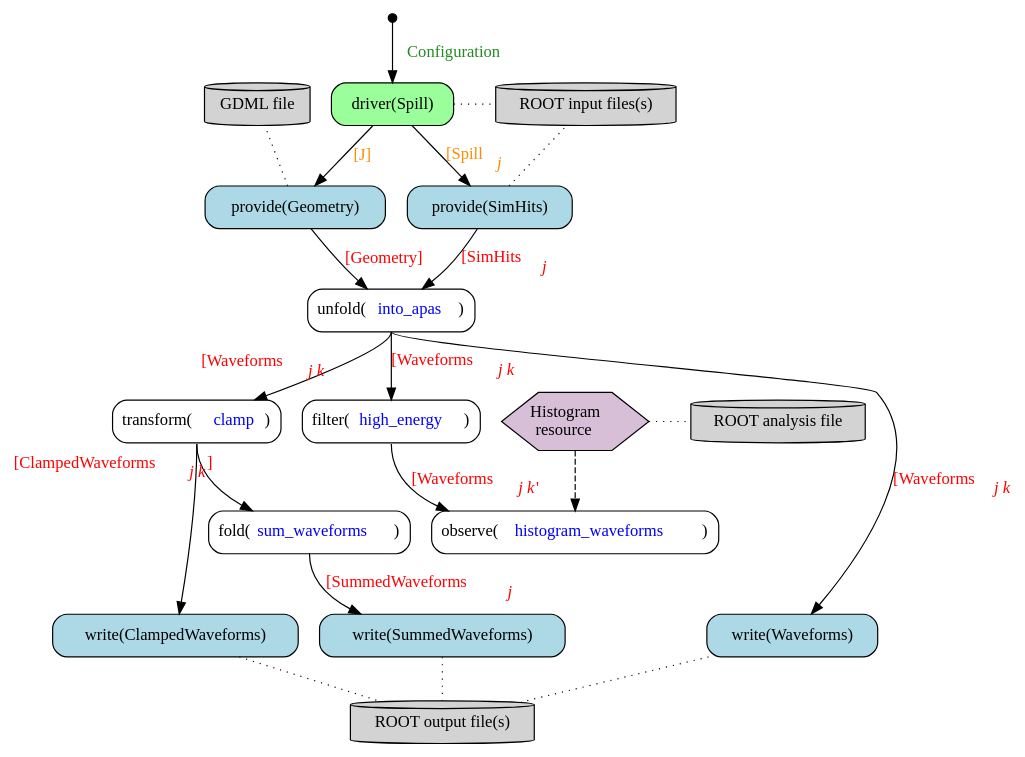
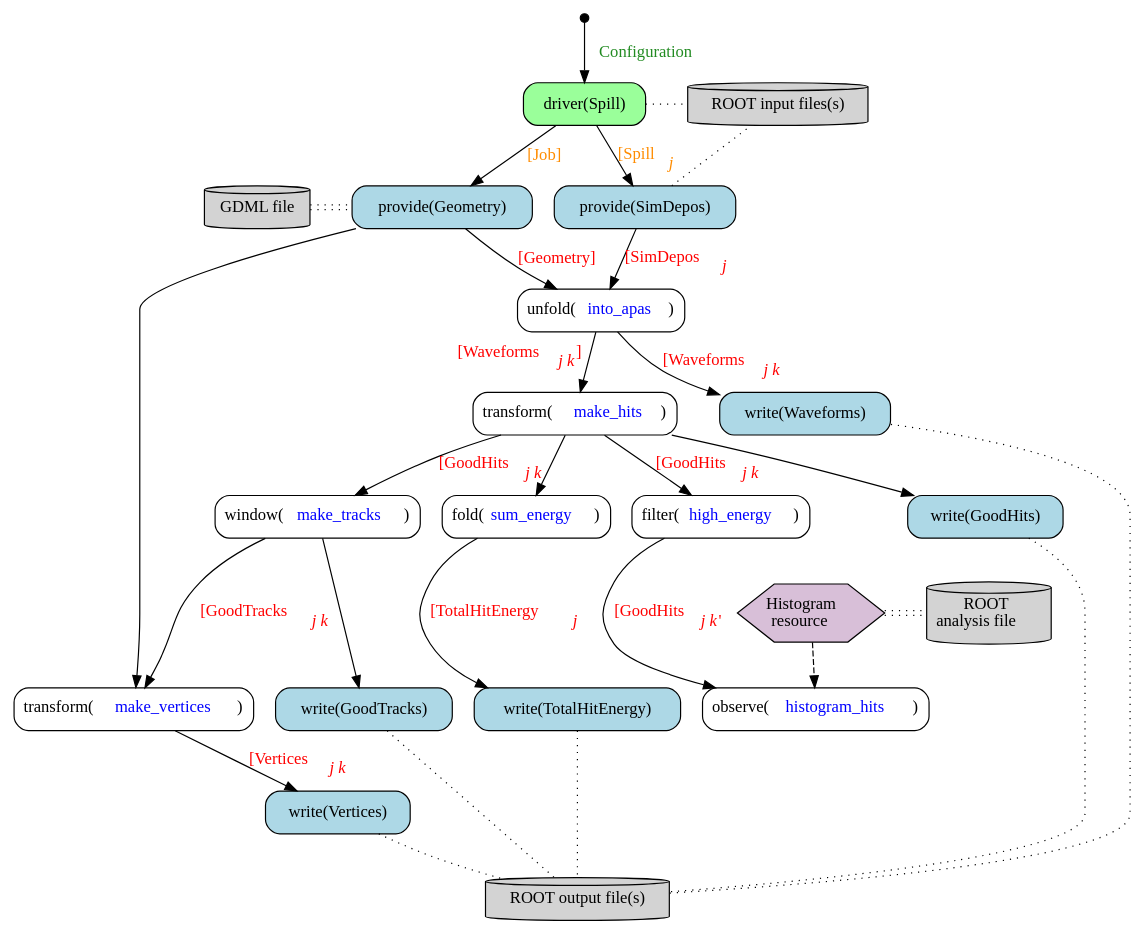
The diagram in doc/work-flow.gv (Framework-R-D/phlex-design), drawn with Graphviz before and after one commit. The commit also changed 7 other files, not shown here.

Commit message:
Update diagram to include more HOFs

```diff
--- a/doc/work-flow.gv
+++ b/doc/work-flow.gv
@@ -1,75 +1,86 @@
 digraph {
   node [shape="box", style="rounded"]
   edge [fontcolor="red"];
 
-  start [shape="point", width=0.1]
-  unfold [label=<unfold(<font color="blue">into_apas</font>)>]
-  transform [label=<transform(<font color="blue">clamp</font>)>]
-  fold [label=<fold(<font color="blue">sum_waveforms</font>)>]
-  filter [label=<filter(<font color="blue">high_energy</font>)>];
-  observer [label=<observe(<font color="blue">histogram_waveforms</font>)>];
-  out [label="ROOT output file(s)", shape="cylinder", style="filled", fillcolor="lightgray"]
+  start [shape="point", width=0.1];
+  unfold_into_apas [label=<unfold(<font color="blue">into_apas</font>)>];
+  transform_make_hits [label=<transform(<font color="blue">make_hits</font>)>];
+  filter_high_energy [label=<filter(<font color="blue">high_energy</font>)>];
+  window_make_tracks [label=<window(<font color="blue">make_tracks</font>)>];
+  out [label="ROOT output file(s)", shape="cylinder", style="filled", fillcolor="lightgray"];
 
-  {
-    rank=same;
-    resource [label=<Histogram<br/> resource>,
-              shape=hexagon,
-              style=filled,
-              fillcolor=thistle,
-              margin=0];
-    root [label="ROOT analysis file", style=filled, shape=cylinder];
-  }
+  observe_histogram_hits [label=<observe(<font color="blue">histogram_hits</font>)>];
+  transform_make_vertices [label=<transform(<font color="blue">make_vertices</font>)>];
+  fold_total_energy [label=<fold(<font color="blue">sum_energy</font>)>];
+
+  // Histogram resource
+  resource [label=<Histogram<br/> resource>,
+            shape=hexagon,
+            style=filled,
+            fillcolor=thistle,
+            margin=0];
+  root [label=<ROOT<br/> analysis file>, style=filled, shape=cylinder];
+
+  gdml [label="GDML file", shape="cylinder", style="filled", fillcolor="lightgray"]
+  driver [label="driver(Spill)", style="rounded,filled",fillcolor="palegreen1"];
+  input [label="ROOT input files(s)", shape="cylinder", style="filled", fillcolor="lightgray"];
+
+  // Providers
+  geometry_provider [label="provide(Geometry)", style="filled,rounded", fillcolor="lightblue"];
+  sim_depos_provider [label="provide(SimDepos)", style="filled,rounded" fillcolor="lightblue"];
+
+  // Writers
+  waveforms_writer [label="write(Waveforms)", style="filled,rounded", fillcolor="lightblue"];
+  total_energy_writer [label="write(TotalHitEnergy)", style="filled,rounded", fillcolor="lightblue"];
+  tracks_writer [label="write(GoodTracks)", style="filled,rounded", fillcolor="lightblue"];
+  vertices_writer [label="write(Vertices)", style="filled,rounded", fillcolor="lightblue"];
+  hits_writer [label="write(GoodHits)", style="filled,rounded" fillcolor="lightblue"];
 
   start -> driver [label=" Configuration", fontcolor="forestgreen"];
+  driver -> input [style="dotted", arrowhead=none];
+  driver -> geometry_provider [label=" [Job]", fontcolor="darkorange"];
+  driver -> sim_depos_provider [label=< [Spill<sub><i>j</i></sub>]>, fontcolor="darkorange"];
 
-  {
-    rank=same;
-    gdml [label="GDML file", shape="cylinder", style="filled", fillcolor="lightgray"]
-    driver [label="driver(Spill)", style="rounded,filled",fillcolor="palegreen1"];
-    input [label="ROOT input files(s)", shape="cylinder", style="filled", fillcolor="lightgray"];
-  }
+  gdml -> geometry_provider [arrowhead=none, style="dotted", color="black:invis:black"];
+  resource -> root [arrowhead=none, style="dotted", color="black:invis:black"];
 
-  driver -> input [style="dotted", arrowhead=none];
+  sim_depos_provider -> input [style="dotted", arrowhead=none];
+  sim_depos_provider -> unfold_into_apas [label=< [SimDepos<sub><i>j</i></sub>]>];
 
-  // Providers
-  {
-    rank=same;
-    geometry_provider [label="provide(Geometry)", style="filled,rounded", fillcolor="lightblue"];
-    sim_hits_provider [label="provide(SimHits)", style="filled,rounded" fillcolor="lightblue"];
-  }
+  geometry_provider -> unfold_into_apas [label=<[Geometry]>];
+  geometry_provider -> transform_make_vertices;
 
-  driver -> geometry_provider [label=" [J]", fontcolor="darkorange"];
-  driver -> sim_hits_provider [label=< [Spill<sub><i>j</i></sub>]>, fontcolor="darkorange"];
+  unfold_into_apas -> transform_make_hits [xlabel=<[Waveforms<sub><i>j k</i></sub>] >];
+  unfold_into_apas -> waveforms_writer [label=<[Waveforms<sub><i>j k</i></sub>]>];
 
-  geometry_provider -> gdml [style="dotted", arrowhead=none];
-  resource -> root [style="dotted", arrowhead=none];
+  transform_make_hits -> filter_high_energy [label=<[GoodHits<sub><i>j k</i></sub>]>];
+  transform_make_hits -> hits_writer;
+  transform_make_hits -> window_make_tracks [label=<[GoodHits<sub><i>j k</i></sub>]>];
+  transform_make_hits -> fold_total_energy;
 
-  sim_hits_provider -> input [style="dotted", arrowhead=none];
-  sim_hits_provider -> unfold [label=< [SimHits<sub><i>j</i></sub>]>];
-  geometry_provider -> unfold [label=< [Geometry]>];
+  window_make_tracks -> transform_make_vertices [label=< [GoodTracks<sub><i>j k</i></sub>]>];
+  window_make_tracks -> tracks_writer;
 
-  unfold:s -> transform [xlabel=< [Waveforms<sub><i>j k</i></sub>]>];
-  transform:s -> fold [taillabel=<[ClampedWaveforms<sub><i>j k</i></sub>] >,
-                       labelangle=-80,
-                       labeldistance=7
-                      ];
+  transform_make_vertices -> vertices_writer [label=< [Vertices<sub><i>j k</i></sub>]>];
 
-  // Writers
-  {
-    rank=same;
-    waveforms_writer [label="write(Waveforms)", style="filled,rounded", fillcolor="lightblue"];
-    summed_waveforms_writer [label="write(SummedWaveforms)", style="filled,rounded", fillcolor="lightblue"];
-    clamped_waveforms_writer [label="write(ClampedWaveforms)", style="filled,rounded" fillcolor="lightblue"];
-  }
+  fold_total_energy -> total_energy_writer [label=< [TotalHitEnergy<sub><i>j</i></sub>]>];
 
-  unfold:s -> waveforms_writer [label=<[Waveforms<sub><i>j k</i></sub>]>];
-  transform:s -> clamped_waveforms_writer;
-  fold:s -> summed_waveforms_writer [label=< [SummedWaveforms<sub><i>j</i></sub>]>];
+  filter_high_energy -> observe_histogram_hits [label=<[GoodHits<sub><i>j k</i> '</sub>]>];
 
-  {waveforms_writer, clamped_waveforms_writer, summed_waveforms_writer} -> out [style="dotted", arrowhead=none]
+  resource -> observe_histogram_hits [style="dashed"];
 
-  unfold:s -> filter [label=< [Waveforms<sub><i>j k</i></sub>]>];
-  filter:s -> observer [label=< [Waveforms<sub><i>j k</i> '</sub>]>];
-  resource -> observer [style="dashed"];
+  { total_energy_writer, waveforms_writer, hits_writer, tracks_writer, vertices_writer } -> out [style="dotted", arrowhead=none]
 
+  // Making the graph layout better
+  { rank=same; driver; input; }
+  { rank=same; resource; root; }
+  { rank=same; gdml; geometry_provider; sim_depos_provider; }
+  { rank=same; window_make_tracks; hits_writer; fold_total_energy; filter_high_energy; }
+  { rank=same; transform_make_vertices; observe_histogram_hits; tracks_writer; total_energy_writer; }
+
+  // The following edges do not denote any formal relationships; they are intended for influencing the layout.
+  edge [style="invis"]
+  input -> waveforms_writer;
+  filter_high_energy -> resource;
+  transform_make_hits -> waveforms_writer [constraint="false"];
 }
```
